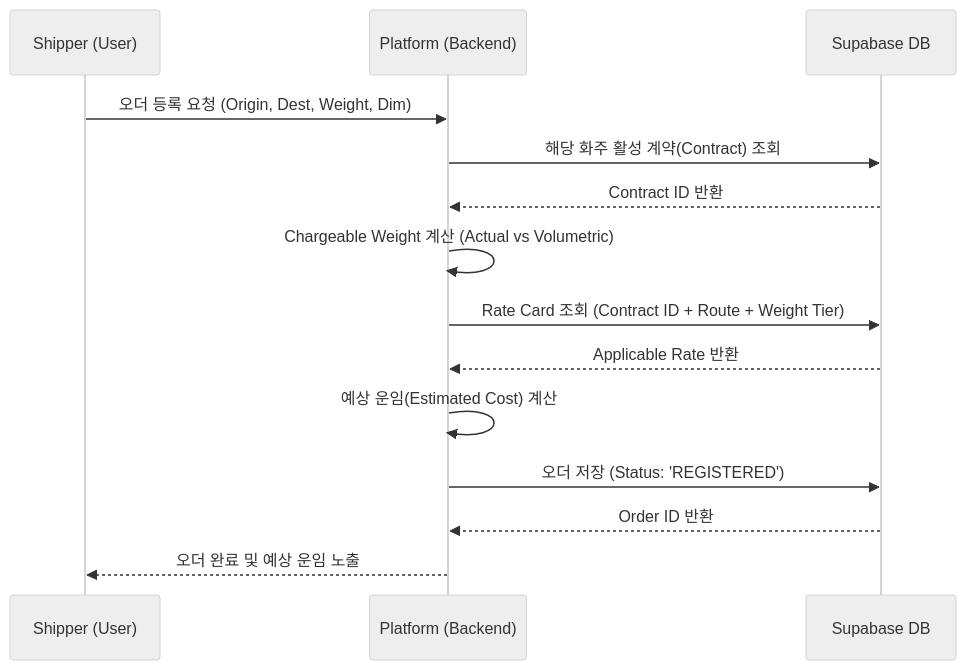
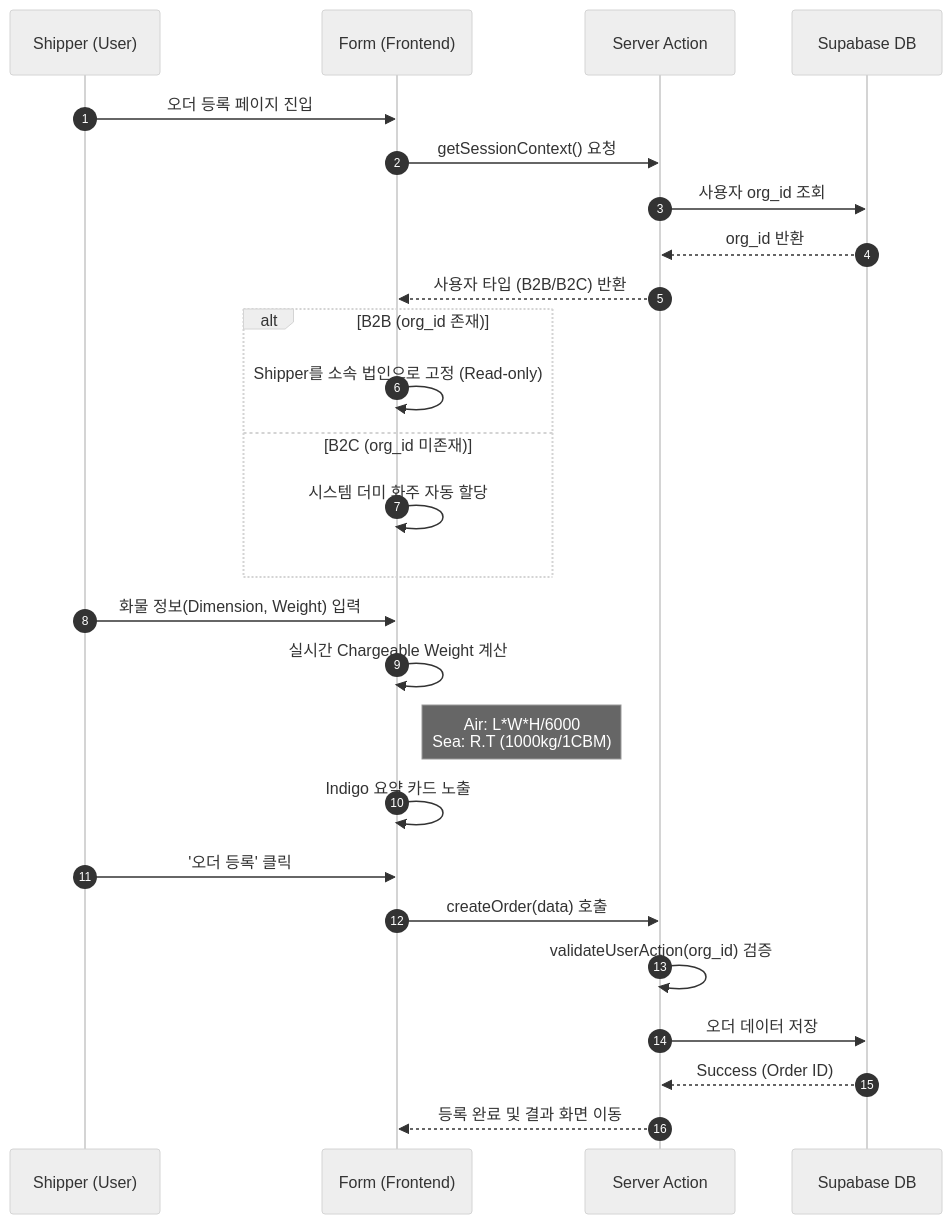
The first of 3 diagrams in docs/03_Design/Ds_06_시퀀스_다이어그램.md (EdwardKwon89/ZENITH.KR.LMS), drawn with Mermaid (neutral theme) before and after one commit. The commit also changed other lines of this file and 55 other files, not shown here.

````diff
--- a/docs/03_Design/Ds_06_시퀀스_다이어그램.md
+++ b/docs/03_Design/Ds_06_시퀀스_다이어그램.md
@@ -14,17 +14,32 @@
 ```mermaid
 sequenceDiagram
+    autonumber
     participant S as Shipper (User)
-    participant P as Platform (Backend)
+    participant UI as Form (Frontend)
+    participant SA as Server Action
     participant DB as Supabase DB
 
-    S->>P: 오더 등록 요청 (Origin, Dest, Weight, Dim)
-    P->>DB: 해당 화주 활성 계약(Contract) 조회
-    DB-->>P: Contract ID 반환
-    P->>P: Chargeable Weight 계산 (Actual vs Volumetric)
-    P->>DB: Rate Card 조회 (Contract ID + Route + Weight Tier)
-    DB-->>P: Applicable Rate 반환
-    P->>P: 예상 운임(Estimated Cost) 계산
-    P->>DB: 오더 저장 (Status: 'REGISTERED')
-    DB-->>P: Order ID 반환
-    P-->>S: 오더 완료 및 예상 운임 노출
+    S->>UI: 오더 등록 페이지 진입
+    UI->>SA: getSessionContext() 요청
+    SA->>DB: 사용자 org_id 조회
+    DB-->>SA: org_id 반환
+    SA-->>UI: 사용자 타입 (B2B/B2C) 반환
+
+    alt B2B (org_id 존재)
+        UI->>UI: Shipper를 소속 법인으로 고정 (Read-only)
+    else B2C (org_id 미존재)
+        UI->>UI: 시스템 더미 화주 자동 할당 
+    end
+
+    S->>UI: 화물 정보(Dimension, Weight) 입력
+    UI->>UI: 실시간 Chargeable Weight 계산
+    Note right of UI: Air: L*W*H/6000 <br/> Sea: R.T (1000kg/1CBM)
+    UI->>UI: Indigo 요약 카드 노출
+
+    S->>UI: '오더 등록' 클릭
+    UI->>SA: createOrder(data) 호출
+    SA->>SA: validateUserAction(org_id) 검증
+    SA->>DB: 오더 데이터 저장
+    DB-->>SA: Success (Order ID)
+    SA-->>UI: 등록 완료 및 결과 화면 이동
 ```
````
